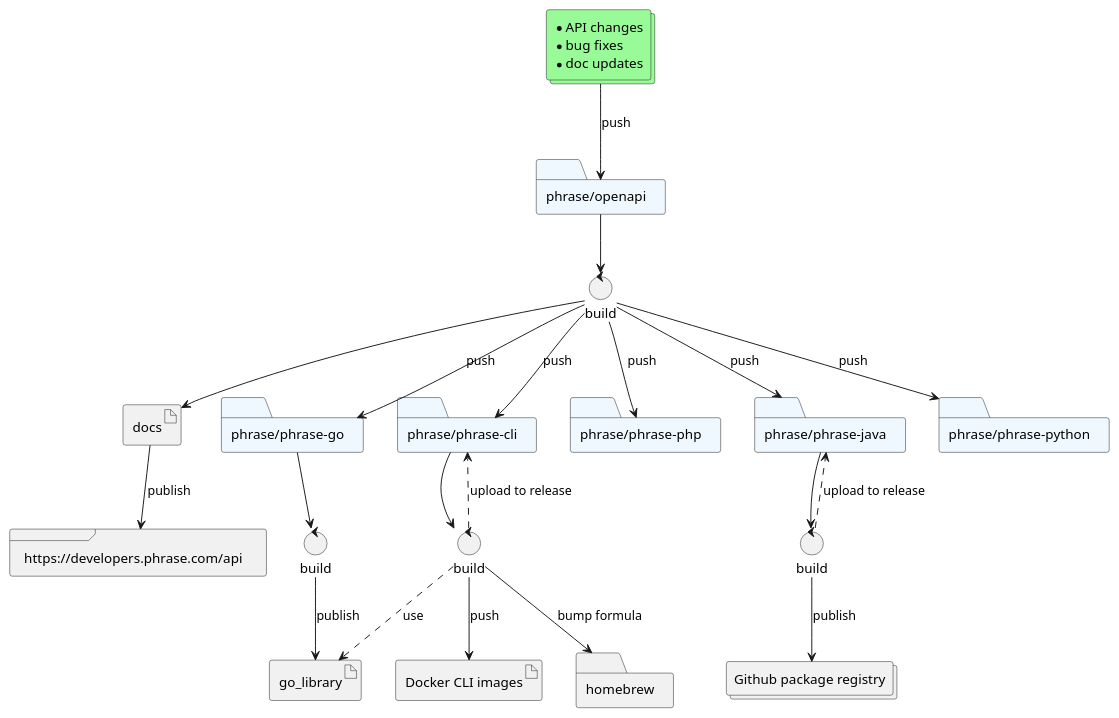
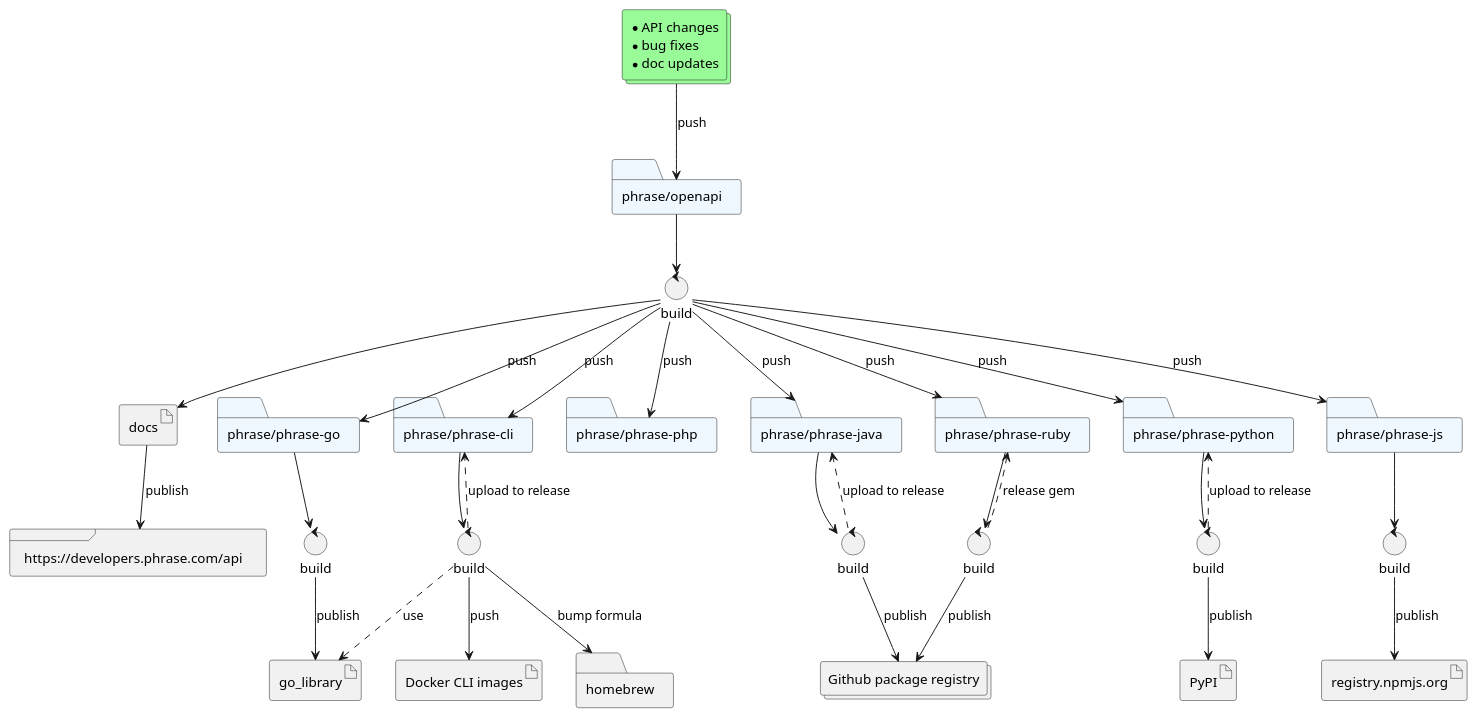
The diagram in docs/workflow.plantuml (phrase/openapi), drawn with PlantUML before and after one commit. The commit also changed 1 other file, not shown here.

Commit message:
add js and ruby

```diff
--- a/docs/workflow.plantuml
+++ b/docs/workflow.plantuml
@@ -1,44 +1,69 @@
 @startuml "openapi workflow"
 
 collections "* API changes\n* bug fixes\n* doc updates" as changes #PaleGreen
 folder "phrase/openapi" as openapi #AliceBlue
 control "build" as actions
 
 artifact docs
 frame "https://developers.phrase.com/api" as developers
 
 folder "phrase/phrase-go" as go #AliceBlue
 folder "phrase/phrase-cli" as cli #AliceBlue
 folder "phrase/phrase-php" as php #AliceBlue
 folder "phrase/phrase-java" as java #AliceBlue
 folder "phrase/phrase-python" as python #AliceBlue
+folder "phrase/phrase-ruby" as ruby #AliceBlue
+folder "phrase/phrase-js" as js #AliceBlue
+
 
 control "build" as go_actions
 control "build" as build_cli
 control "build" as build_java
+control "build" as build_js
+control "build" as build_ruby
+control "build" as build_python
+
 artifact go_library
 artifact "Docker CLI images" as docker_images
 folder homebrew
 collections "Github package registry" as github_package_registry
+artifact "registry.npmjs.org" as npm
+artifact "PyPI"
 
 changes --> openapi : push
 openapi-->actions
 actions --> docs
 docs --> developers : publish
 actions --> go : push
 actions --> php : push
 actions --> java : push
 actions --> python : push
 actions --> cli : push
+actions --> ruby : push
+actions --> js : push
+
 go --> go_actions
 go_actions --> go_library : publish
+
 cli --> build_cli
 build_cli ..> go_library : use
 build_cli --> homebrew : bump formula
 build_cli --> docker_images : push
 build_cli ..> cli : upload to release
+
 java --> build_java
 build_java ..> java : upload to release
 build_java --> github_package_registry : publish
 
+python --> build_python
+build_python ..> python : upload to release
+build_python --> PyPI : publish
+
+js --> build_js
+build_js --> npm : publish
+
+ruby --> build_ruby
+build_ruby --> github_package_registry : publish
+build_ruby ..> ruby : release gem
+
 @enduml
```
